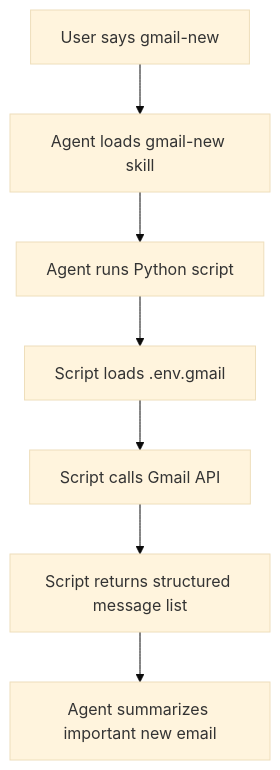
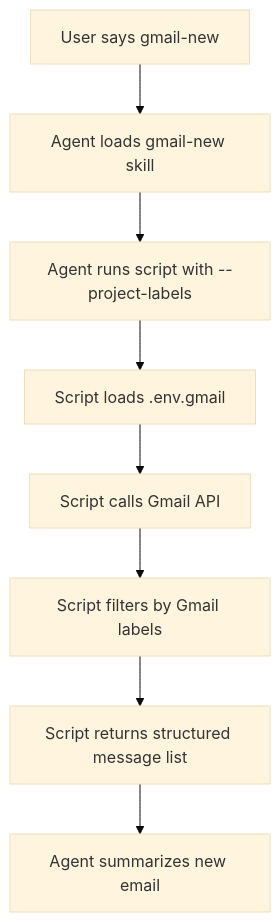
The second of 3 diagrams in .ai/plugins/gmailflow/README.md (manpham-saritasa/devflow), drawn with Mermaid (base theme) before and after one commit. The commit also changed other lines of this file and 7 other files, not shown here.

````diff
--- a/.ai/plugins/gmailflow/README.md
+++ b/.ai/plugins/gmailflow/README.md
@@ -26,9 +82,10 @@
 ```mermaid
 flowchart TD
     A[User says gmail-new] --> B[Agent loads gmail-new skill]
-    B --> C[Agent runs Python script]
+    B --> C[Agent runs script with --project-labels]
     C --> D[Script loads .env.gmail]
     D --> E[Script calls Gmail API]
-    E --> F[Script returns structured message list]
-    F --> G[Agent summarizes important new email]
+    E --> F[Script filters by Gmail labels]
+    F --> G[Script returns structured message list]
+    G --> H[Agent summarizes new email]
 ```
````
